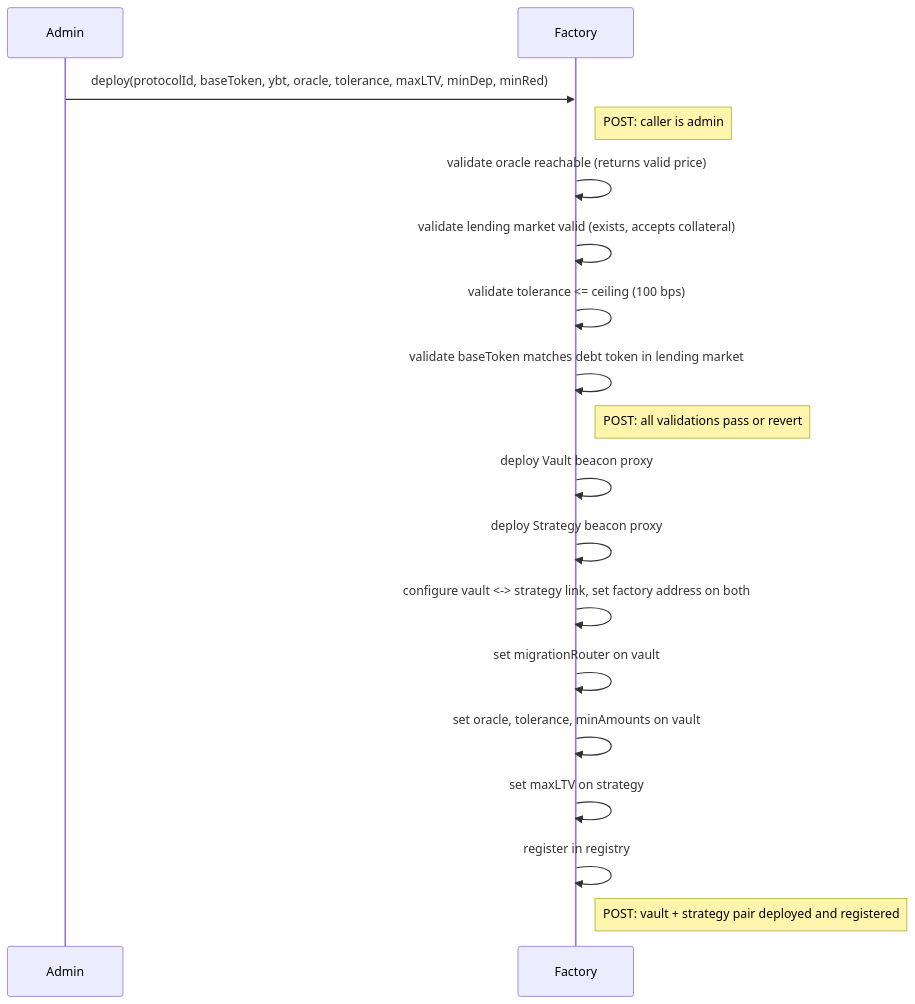
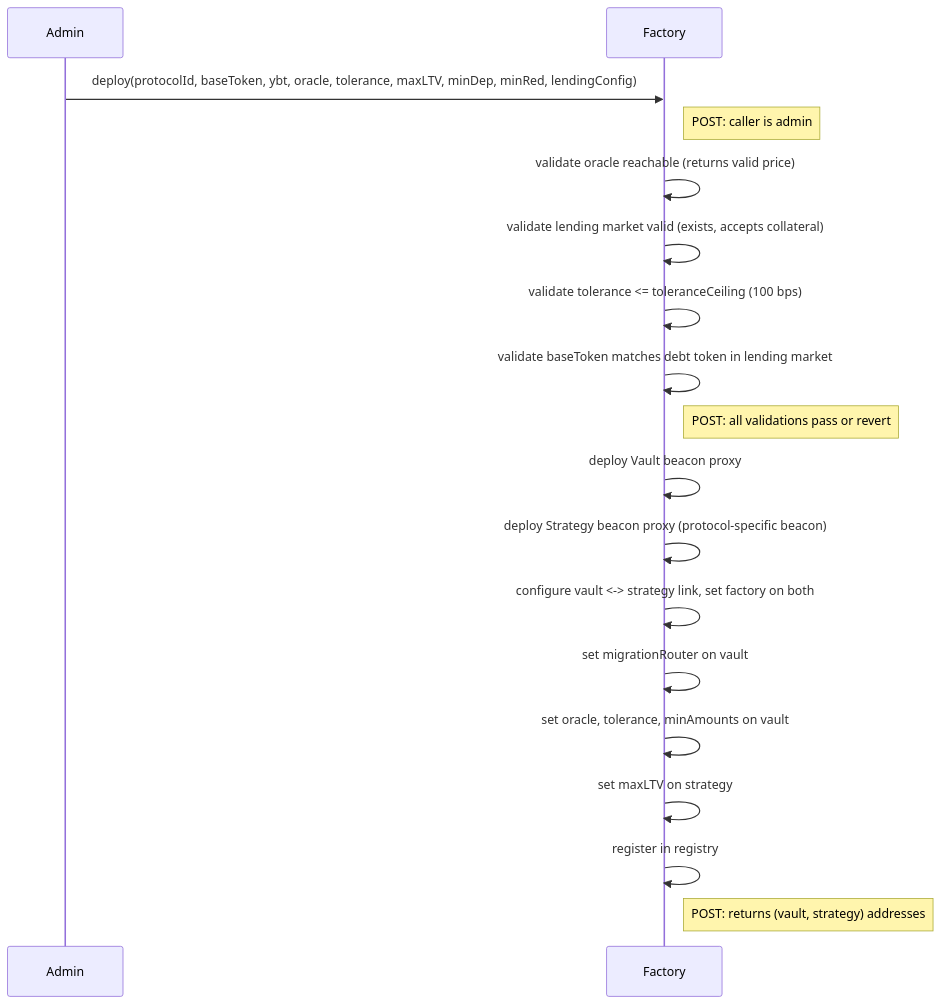
Before and after one commit to evgenynacu/leverage-vaults: diagram 19 of 22 in docs/architecture/call-diagrams.md, drawn with Mermaid. The commit also changed other lines of this file and 18 other files, not shown here.

````diff
--- a/docs/architecture/call-diagrams.md
+++ b/docs/architecture/call-diagrams.md
@@ -339,18 +348,18 @@
 ```mermaid
 sequenceDiagram
-    Admin->>Factory: deploy(protocolId, baseToken, ybt, oracle, tolerance, maxLTV, minDep, minRed)
+    Admin->>Factory: deploy(protocolId, baseToken, ybt, oracle, tolerance, maxLTV, minDep, minRed, lendingConfig)
     note right of Factory: POST: caller is admin
     Factory->>Factory: validate oracle reachable (returns valid price)
     Factory->>Factory: validate lending market valid (exists, accepts collateral)
-    Factory->>Factory: validate tolerance <= ceiling (100 bps)
+    Factory->>Factory: validate tolerance <= toleranceCeiling (100 bps)
     Factory->>Factory: validate baseToken matches debt token in lending market
     note right of Factory: POST: all validations pass or revert
     Factory->>Factory: deploy Vault beacon proxy
-    Factory->>Factory: deploy Strategy beacon proxy
-    Factory->>Factory: configure vault <-> strategy link, set factory address on both
+    Factory->>Factory: deploy Strategy beacon proxy (protocol-specific beacon)
+    Factory->>Factory: configure vault <-> strategy link, set factory on both
     Factory->>Factory: set migrationRouter on vault
     Factory->>Factory: set oracle, tolerance, minAmounts on vault
     Factory->>Factory: set maxLTV on strategy
     Factory->>Factory: register in registry
-    note right of Factory: POST: vault + strategy pair deployed and registered
+    note right of Factory: POST: returns (vault, strategy) addresses
 ```
````
